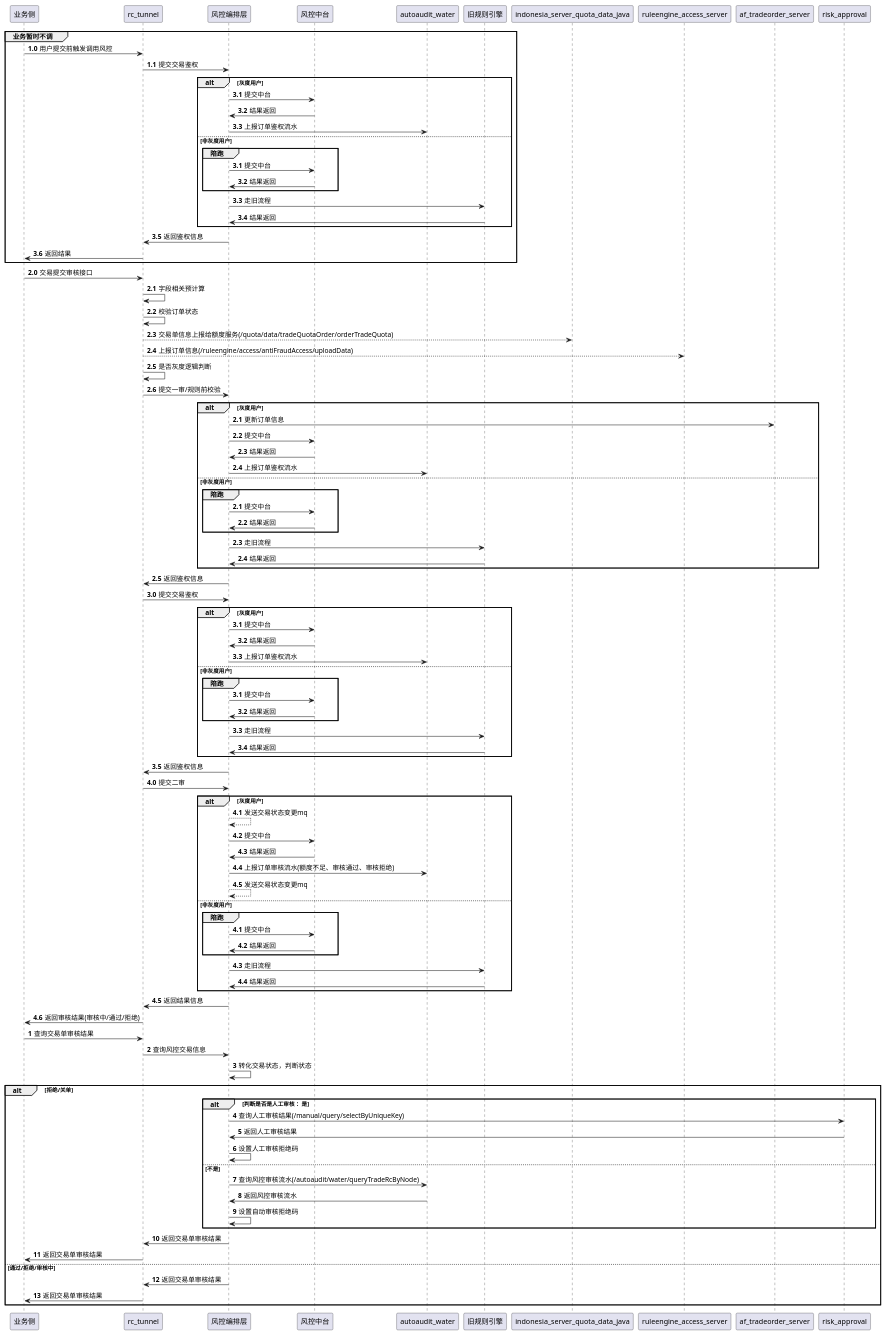
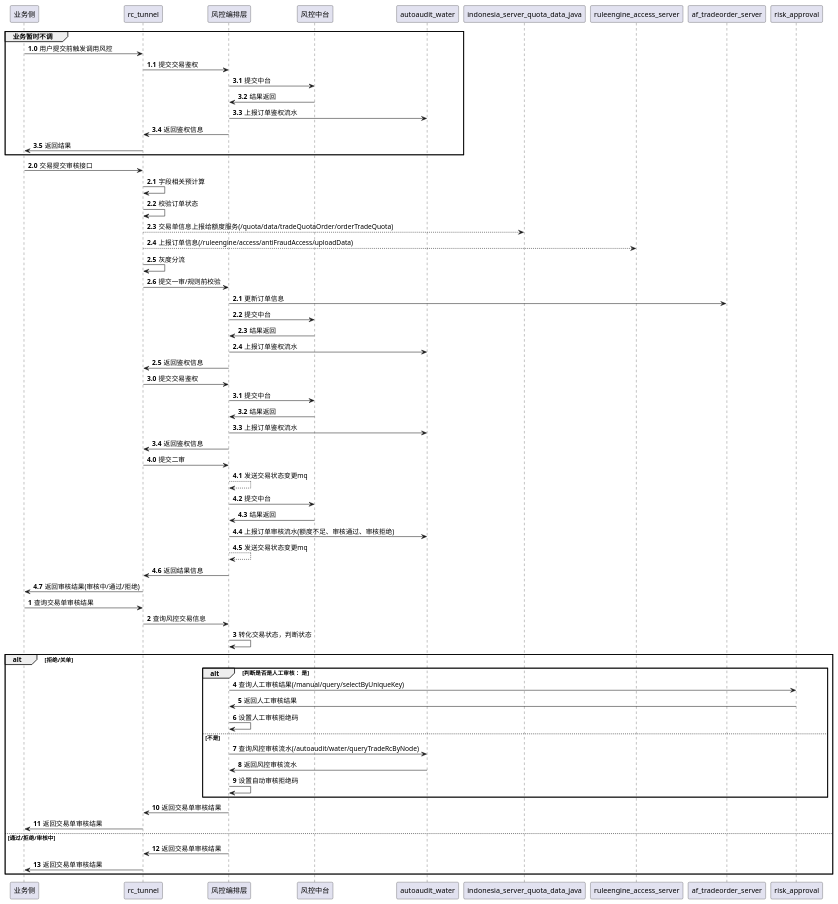
One commit to lujx98/algo changed the diagram in random/src/main/java/com/p2/技术方案-p1流程设计.puml. Above: the diagram before and after it, drawn with PlantUML. The commit also changed 2 other files, not shown here.

```diff
--- a/random/src/main/java/com/p2/技术方案-p1流程设计.puml
+++ b/random/src/main/java/com/p2/技术方案-p1流程设计.puml
@@ -1,130 +1,101 @@
 @startuml
 'https://plantuml.com/sequence-diagram
 
 
 autonumber
 
 group 业务暂时不调
 autonumber 1.0
 业务侧 -> rc_tunnel:用户提交前触发调用风控
 rc_tunnel -> 风控编排层: 提交交易鉴权
-alt 灰度用户
+
+
     autonumber 3.1
     风控编排层 -> 风控中台:提交中台
     风控中台 -> 风控编排层:结果返回
     风控编排层 -> autoaudit_water:上报订单鉴权流水
-else 非灰度用户
-    autonumber 3.1
-    group 陪跑
-        风控编排层 -> 风控中台:提交中台
-        风控中台 -> 风控编排层:结果返回
-    end
-    风控编排层 -> 旧规则引擎:走旧流程
-    旧规则引擎 -> 风控编排层:结果返回
-end
+
+
 风控编排层 -> rc_tunnel:返回鉴权信息
 rc_tunnel -> 业务侧: 返回结果
 end
 
 autonumber 2.0
 业务侧 -> rc_tunnel: 交易提交审核接口
 rc_tunnel -> rc_tunnel:字段相关预计算
 rc_tunnel -> rc_tunnel:校验订单状态
 rc_tunnel --> indonesia_server_quota_data_java:交易单信息上报给额度服务(/quota/data/tradeQuotaOrder/orderTradeQuota)
 rc_tunnel --> ruleengine_access_server:上报订单信息(/ruleengine/access/antiFraudAccess/uploadData)
-rc_tunnel -> rc_tunnel : 是否灰度逻辑判断
+rc_tunnel -> rc_tunnel : 灰度分流
 
 
 
 
 rc_tunnel -> 风控编排层: 提交一审/规则前校验
-alt 灰度用户
+
     autonumber 2.1
     风控编排层 -> af_tradeorder_server:更新订单信息
     风控编排层 -> 风控中台:提交中台
     风控中台 -> 风控编排层:结果返回
     风控编排层 -> autoaudit_water:上报订单鉴权流水
-else 非灰度用户
-    autonumber 2.1
-    group 陪跑
-        风控编排层 -> 风控中台:提交中台
-        风控中台 -> 风控编排层:结果返回
-    end
-    风控编排层 -> 旧规则引擎:走旧流程
-    旧规则引擎 -> 风控编排层:结果返回
-end
+
 风控编排层 -> rc_tunnel:返回鉴权信息
 
 
 
 
 
 autonumber 3.0
 rc_tunnel -> 风控编排层: 提交交易鉴权
-alt 灰度用户
+
     autonumber 3.1
     风控编排层 -> 风控中台:提交中台
     风控中台 -> 风控编排层:结果返回
     风控编排层 -> autoaudit_water:上报订单鉴权流水
-else 非灰度用户
-    autonumber 3.1
-    group 陪跑
-        风控编排层 -> 风控中台:提交中台
-        风控中台 -> 风控编排层:结果返回
-    end
-    风控编排层 -> 旧规则引擎:走旧流程
-    旧规则引擎 -> 风控编排层:结果返回
-end
+
 风控编排层 -> rc_tunnel:返回鉴权信息
 
 
 
 
 
 autonumber 4.0
 rc_tunnel -> 风控编排层: 提交二审
-alt 灰度用户
+
     autonumber 4.1
     风控编排层 --> 风控编排层:发送交易状态变更mq
     风控编排层 -> 风控中台:提交中台
     风控中台 -> 风控编排层:结果返回
     风控编排层 -> autoaudit_water:上报订单审核流水(额度不足、审核通过、审核拒绝)
     风控编排层 --> 风控编排层:发送交易状态变更mq
-else 非灰度用户
-    autonumber 4.1
-    group 陪跑
-        风控编排层 -> 风控中台:提交中台
-        风控中台 -> 风控编排层:结果返回
-    end
-    风控编排层 -> 旧规则引擎:走旧流程
-    旧规则引擎 -> 风控编排层:结果返回
-end
+
 风控编排层 -> rc_tunnel:返回结果信息
 rc_tunnel -> 业务侧: 返回审核结果(审核中/通过/拒绝)
+
 
 
 
 
 autonumber
 业务侧 -> rc_tunnel: 查询交易单审核结果
 rc_tunnel -> 风控编排层:查询风控交易信息
 风控编排层 -> 风控编排层:转化交易状态，判断状态
 alt 拒绝/关单
     alt 判断是否是人工审核 ：是
         风控编排层 -> risk_approval:查询人工审核结果(/manual/query/selectByUniqueKey)
         risk_approval -> 风控编排层:返回人工审核结果
         风控编排层 -> 风控编排层:设置人工审核拒绝码
     else 不是
         风控编排层 -> autoaudit_water:查询风控审核流水(/autoaudit/water/queryTradeRcByNode)
         autoaudit_water -> 风控编排层:返回风控审核流水
         风控编排层 -> 风控编排层:设置自动审核拒绝码
     end
     风控编排层 -> rc_tunnel:返回交易单审核结果
     rc_tunnel -> 业务侧:返回交易单审核结果
 else 通过/拒绝/审核中
     风控编排层 -> rc_tunnel:返回交易单审核结果
     rc_tunnel -> 业务侧:返回交易单审核结果
 end
 
 
 @enduml
```
